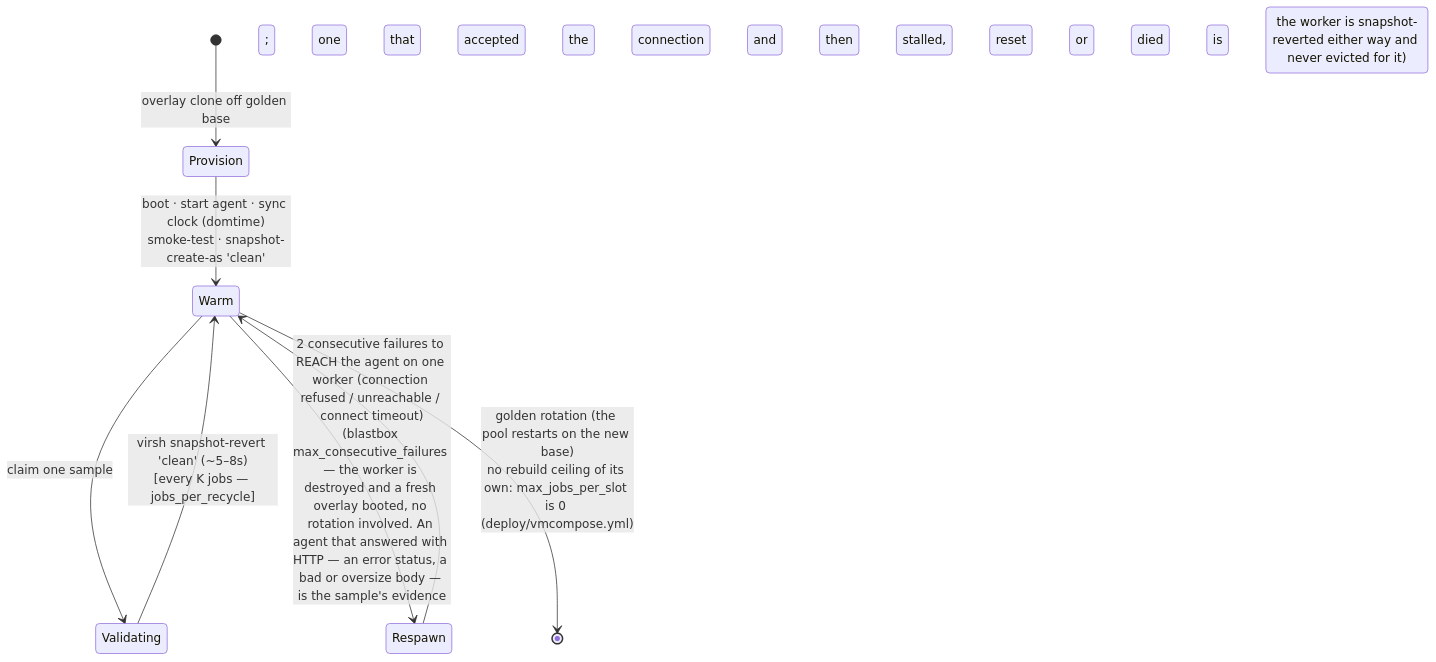
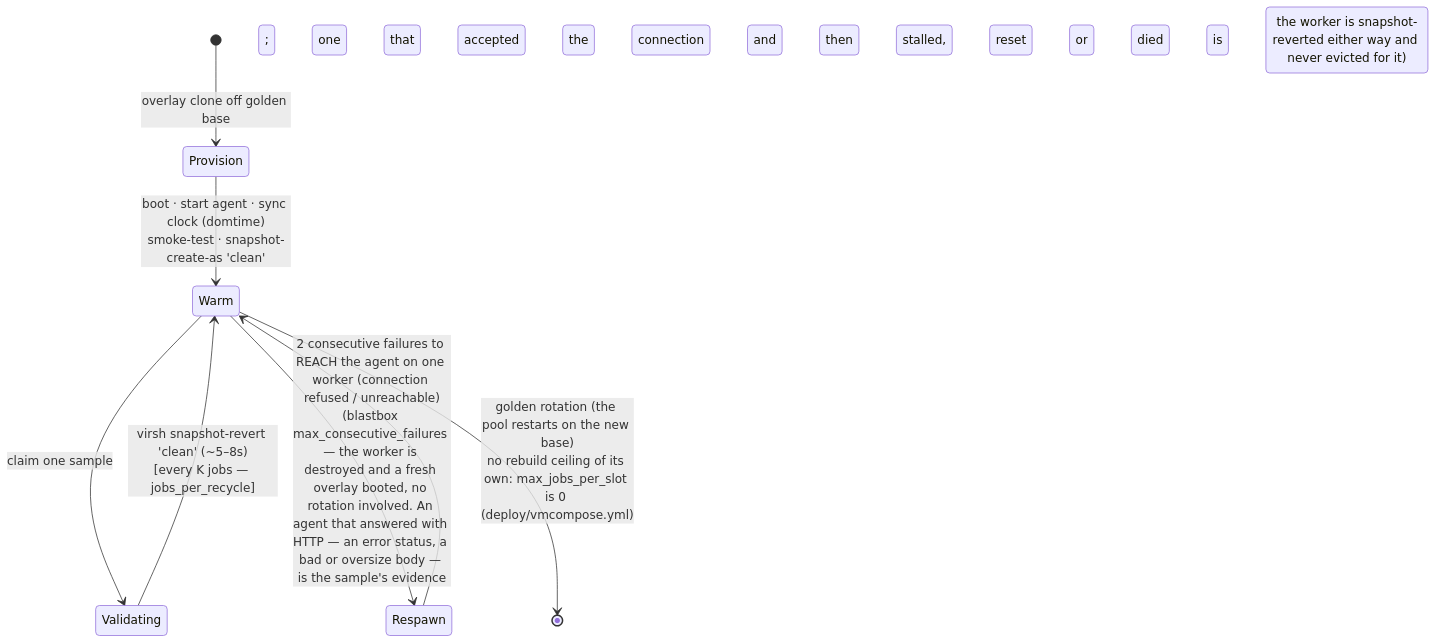
The second of 2 diagrams in README.md (wmetcalf/win-validator), drawn with Mermaid before and after one commit. The commit also changed 1 other file, not shown here.

Commit message:
vm-pool: a timeout wrapped in URLError is nobody's evidence either
urllib wraps a timeout during the request-body send exactly like a connect timeout, so a large sample that
stalled the agent while it was still being sent counted as the worker's fault twice and evicted it. Both are
neutral now: the worker is reverted, which is what un-freezes a frozen guest, and no streak moves. Only refused
and unreachable remain the worker's.

Claude-Session: https://claude.ai/code/session_01Eh7tmTX7s38AJKNx8XUChA

````diff
--- a/README.md
+++ b/README.md
@@ -81,10 +81,10 @@
 ```mermaid
 stateDiagram-v2
     [*] --> Provision: overlay clone off golden base
     Provision --> Warm: boot · start agent · sync clock (domtime)<br/>smoke-test · snapshot-create-as 'clean'
     Warm --> Validating: claim one sample
     Validating --> Warm: virsh snapshot-revert 'clean' (~5–8s)<br/>[every K jobs — jobs_per_recycle]
-    Warm --> Respawn: 2 consecutive failures to REACH the agent on one worker (connection refused / unreachable / connect timeout)<br/>(blastbox max_consecutive_failures — the worker is destroyed and a fresh overlay booted, no rotation involved. An agent that answered with HTTP — an error status, a bad or oversize body — is the sample's evidence; one that accepted the connection and then stalled, reset or died is nobody's: the worker is snapshot-reverted either way and never evicted for it)
+    Warm --> Respawn: 2 consecutive failures to REACH the agent on one worker (connection refused / unreachable)<br/>(blastbox max_consecutive_failures — the worker is destroyed and a fresh overlay booted, no rotation involved. An agent that answered with HTTP — an error status, a bad or oversize body — is the sample's evidence; one that accepted the connection and then stalled, reset or died is nobody's: the worker is snapshot-reverted either way and never evicted for it)
     Respawn --> Warm
     Warm --> [*]: golden rotation (the pool restarts on the new base)<br/>no rebuild ceiling of its own: max_jobs_per_slot is 0 (deploy/vmcompose.yml)
 ```
````
